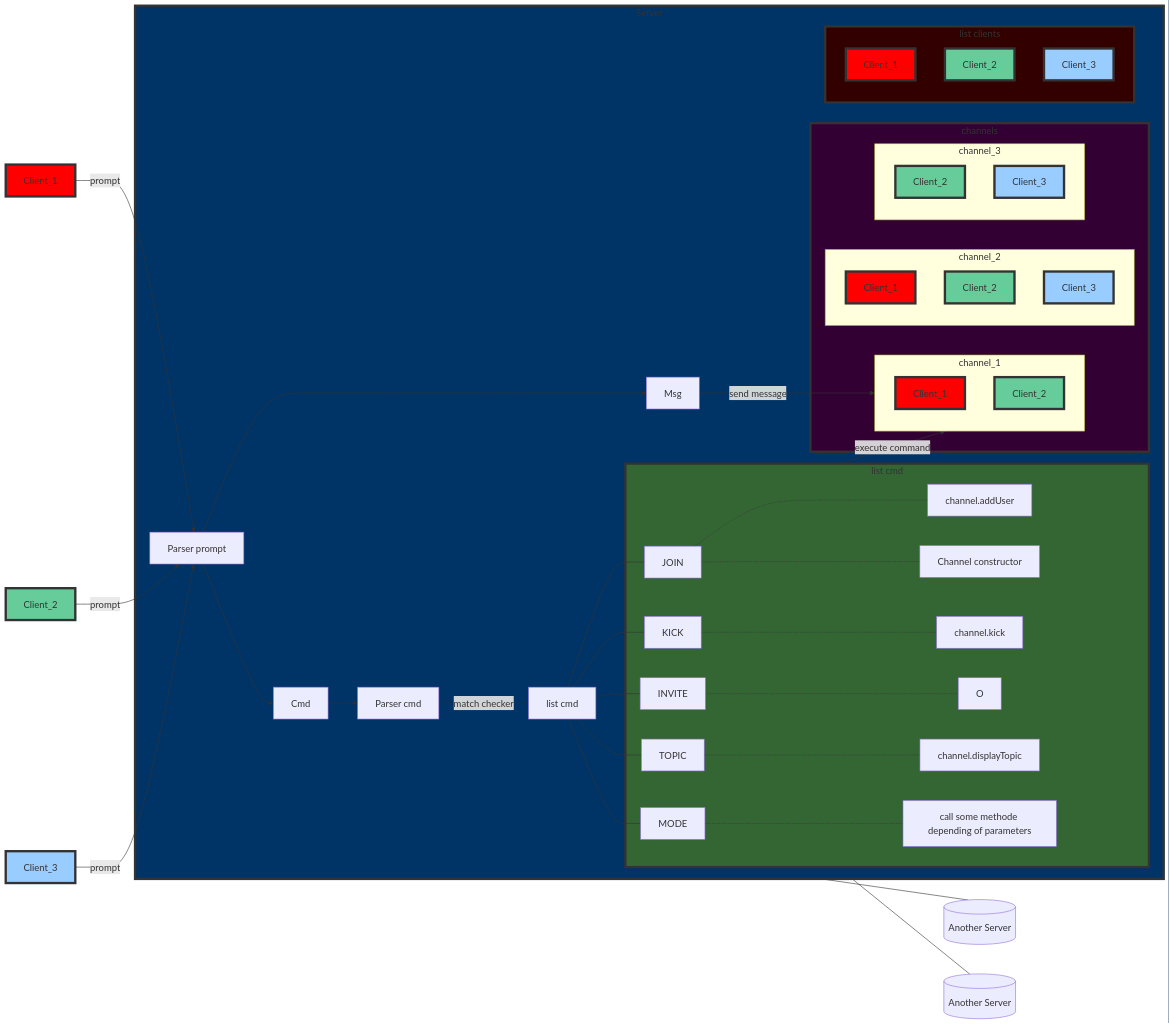
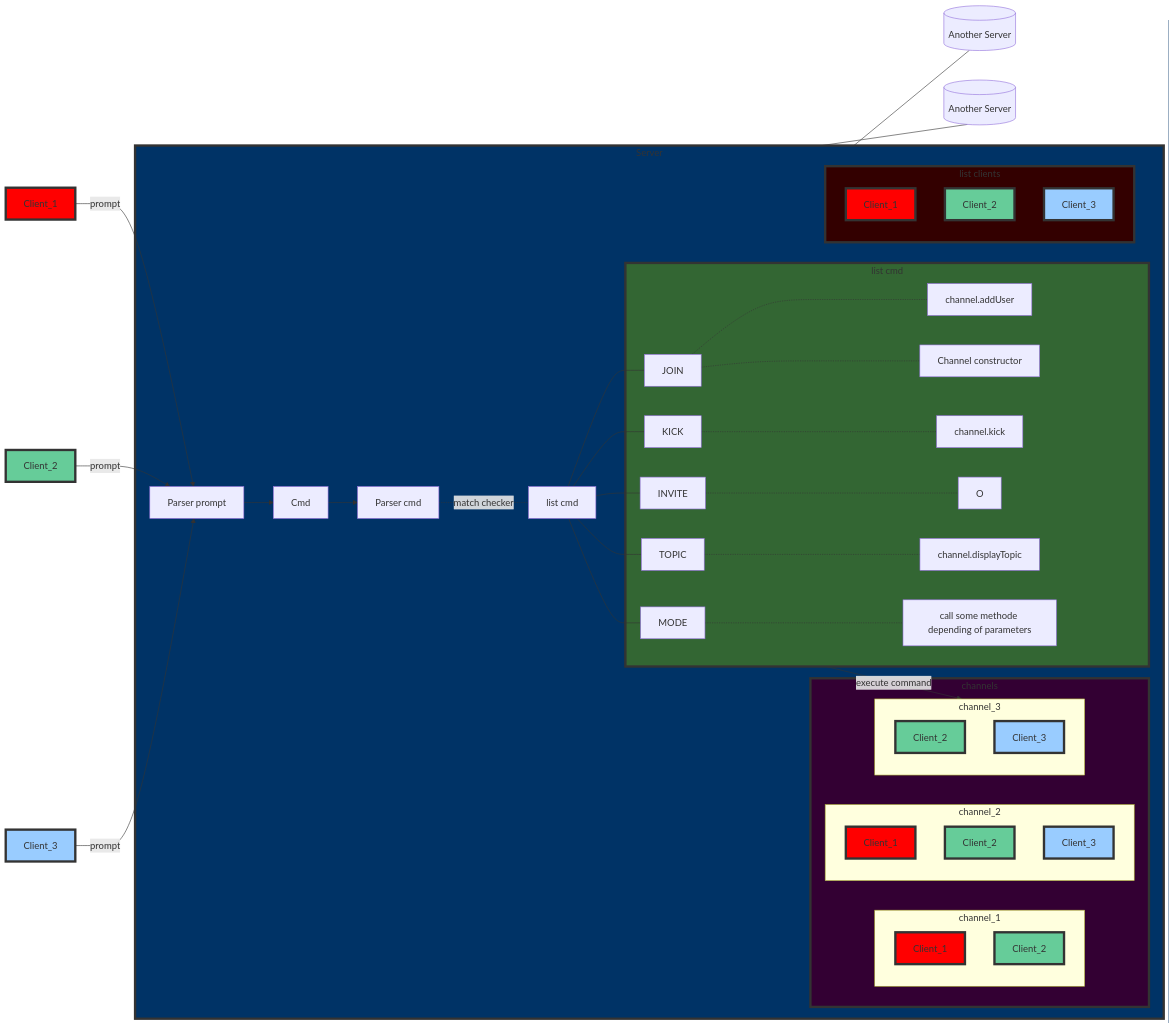
The diagram in README.md (tiegd/ft_irc), drawn with Mermaid before and after one commit. The commit also changed 3 other files, not shown here.

````diff
--- a/README.md
+++ b/README.md
@@ -7,95 +7,181 @@
 ```mermaid
 flowchart LR
-    subgraph Server
-        S1@{label: list cmd}
-        subgraph channels
-            subgraph channel_1
-                C01@{label: Client_1}
-                style C01 fill:#ff0000,stroke:#333,stroke-width:4px
-                C02@{label: Client_2}
-                style C02 fill:#66cc99,stroke:#333,stroke-width:4px
-            end
-            subgraph channel_2
-                C11@{label: Client_1}
-                style C11 fill:#ff0000,stroke:#333,stroke-width:4px
-                C12@{label: Client_2}
-                style C12 fill:#66cc99,stroke:#333,stroke-width:4px
-                C13@{label: Client_3}
-                style C13 fill:#99ccff,stroke:#333,stroke-width:4px
-            end
-            subgraph channel_3
-                C22@{label: Client_2}
-                style C22 fill:#66cc99,stroke:#333,stroke-width:4px
-                C23@{label: Client_3}
-                style C23 fill:#99ccff,stroke:#333,stroke-width:4px
-            end
-        end
-        subgraph lst[list cmd]
-            H@{label: JOIN}
-            I@{label: KICK}
-            J@{label: INVITE}
-            K@{label: TOPIC}
-            L@{label: MODE}
-            M@{label: channel.addUser}
-            MM@{label: Channel constructor}
-            N@{label: channel.kick}
-            O@{label: }
-            P@{label: channel.displayTopic}
-            Q@{label: call some methode depending of parameters}
-        end
-        C@{label: Parser prompt}
-        D@{label: Parser cmd}
-        E@{label: Msg}
-        F@{label: Cmd}
-        subgraph lstclt[list clients]
-            Cl11@{label: Client_1}
-            style Cl11 fill:#ff0000,stroke:#333,stroke-width:4px
-            Cl12@{label: Client_2}
-            style Cl12 fill:#66cc99,stroke:#333,stroke-width:4px
-            Cl13@{label: Client_3}
-            style Cl13 fill:#99ccff,stroke:#333,stroke-width:4px
-        end
 
-    end
-    Cl1@{label: Client_1}
-    style Cl1 fill:#ff0000,stroke:#333,stroke-width:4px
-    Cl2@{label: Client_2}
-    style Cl2 fill:#66cc99,stroke:#333,stroke-width:4px
-    Cl3@{label: Client_3}
-    style Cl3 fill:#99ccff,stroke:#333,stroke-width:4px
+subgraph Server
 
-    style Server fill:#003366,stroke:#333,stroke-width:4px
-    style lst fill:#336633,stroke:#333,stroke-width:4px
-    style channels fill:#330033,stroke:#333,stroke-width:4px
-    style lstclt fill:#330000,stroke:#333,stroke-width:4px
+S1@{label: list cmd}
 
-    S11[(Another Server)] 
-    S12[(Another Server)] 
+subgraph channels
 
-    Cl1 --> |prompt| C
-    Cl2 --> |prompt| C
-    Cl3 --> |prompt| C
-    C --> E
-    C --> F
-    F --> D
-    D -.- |match checker| S1
+subgraph channel_1
 
-    S1 --- H
-    S1 --- I
-    S1 --- J
-    S1 --- K
-    S1 --- L
+C01@{label: Client_1}
 
-    H -.- M
-    H -.- MM
-    I -.- N
-    J -.- O
-    K -.- P
-    L -.- Q
+style C01 fill:#ff0000,stroke:#333,stroke-width:4px
 
-    E --> |send message| channel_1
-    lst --> |execute command| channel_1
+C02@{label: Client_2}
 
-    Server --- S11
-    Server --- S12 
+style C02 fill:#66cc99,stroke:#333,stroke-width:4px
+
+end
+
+subgraph channel_2
+
+C11@{label: Client_1}
+
+style C11 fill:#ff0000,stroke:#333,stroke-width:4px
+
+C12@{label: Client_2}
+
+style C12 fill:#66cc99,stroke:#333,stroke-width:4px
+
+C13@{label: Client_3}
+
+style C13 fill:#99ccff,stroke:#333,stroke-width:4px
+
+end
+
+subgraph channel_3
+
+C22@{label: Client_2}
+
+style C22 fill:#66cc99,stroke:#333,stroke-width:4px
+
+C23@{label: Client_3}
+
+style C23 fill:#99ccff,stroke:#333,stroke-width:4px
+
+end
+
+end
+
+subgraph lst[list cmd]
+
+H@{label: JOIN}
+
+I@{label: KICK}
+
+J@{label: INVITE}
+
+K@{label: TOPIC}
+
+L@{label: MODE}
+
+M@{label: channel.addUser}
+
+MM@{label: Channel constructor}
+
+N@{label: channel.kick}
+
+O@{label: }
+
+P@{label: channel.displayTopic}
+
+Q@{label: call some methode depending of parameters}
+
+end
+
+C@{label: Parser prompt}
+
+D@{label: Parser cmd}
+
+F@{label: Cmd}
+
+subgraph lstclt[list clients]
+
+Cl11@{label: Client_1}
+
+style Cl11 fill:#ff0000,stroke:#333,stroke-width:4px
+
+Cl12@{label: Client_2}
+
+style Cl12 fill:#66cc99,stroke:#333,stroke-width:4px
+
+Cl13@{label: Client_3}
+
+style Cl13 fill:#99ccff,stroke:#333,stroke-width:4px
+
+end
+
+  
+
+end
+
+Cl1@{label: Client_1}
+
+style Cl1 fill:#ff0000,stroke:#333,stroke-width:4px
+
+Cl2@{label: Client_2}
+
+style Cl2 fill:#66cc99,stroke:#333,stroke-width:4px
+
+Cl3@{label: Client_3}
+
+style Cl3 fill:#99ccff,stroke:#333,stroke-width:4px
+
+  
+
+style Server fill:#003366,stroke:#333,stroke-width:4px
+
+style lst fill:#336633,stroke:#333,stroke-width:4px
+
+style channels fill:#330033,stroke:#333,stroke-width:4px
+
+style lstclt fill:#330000,stroke:#333,stroke-width:4px
+
+  
+
+S11[(Another Server)]
+
+S12[(Another Server)]
+
+  
+
+Cl1 --> |prompt| C
+
+Cl2 --> |prompt| C
+
+Cl3 --> |prompt| C
+
+C --> F
+
+F --> D
+
+D -.- |match checker| S1
+
+  
+
+S1 --- H
+
+S1 --- I
+
+S1 --- J
+
+S1 --- K
+
+S1 --- L
+
+  
+
+H -.- M
+
+H -.- MM
+
+I -.- N
+
+J -.- O
+
+K -.- P
+
+L -.- Q
+
+  
+
+lst --> |execute command| channel_3
+
+  
+
+Server --- S11
+
+Server --- S12
 ```
````
